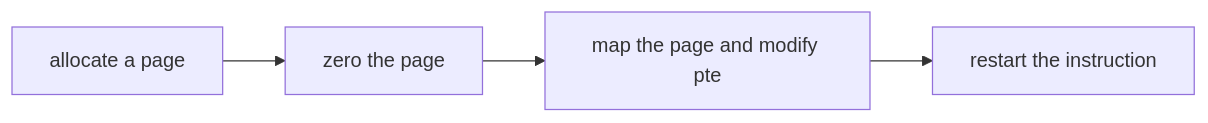
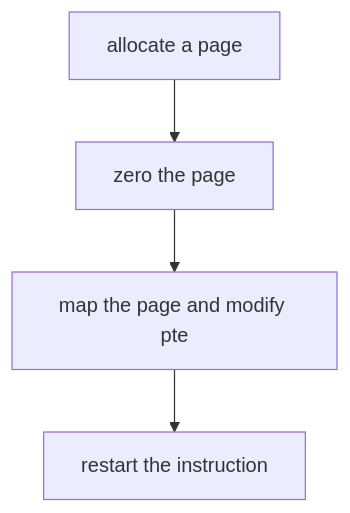
Before and after one commit to Notborntodie/MIT6.S081: the first of 3 diagrams in Lecture/Lecture5 .md, drawn with Mermaid. The commit also changed 4 other files, not shown here.

````diff
--- a/Lecture/Lecture5 .md
+++ b/Lecture/Lecture5 .md
@@ -119,4 +119,4 @@
 ```mermaid
-graph LR
+graph TD;
 A[allocate a page]-->B[zero the page]-->c[map the page and modify pte]-->D[restart the instruction]
 ```
````
